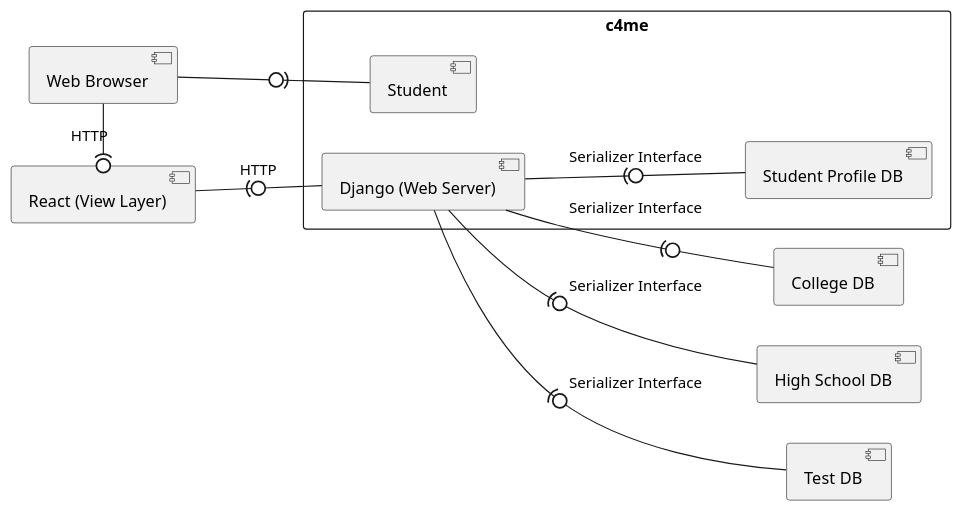
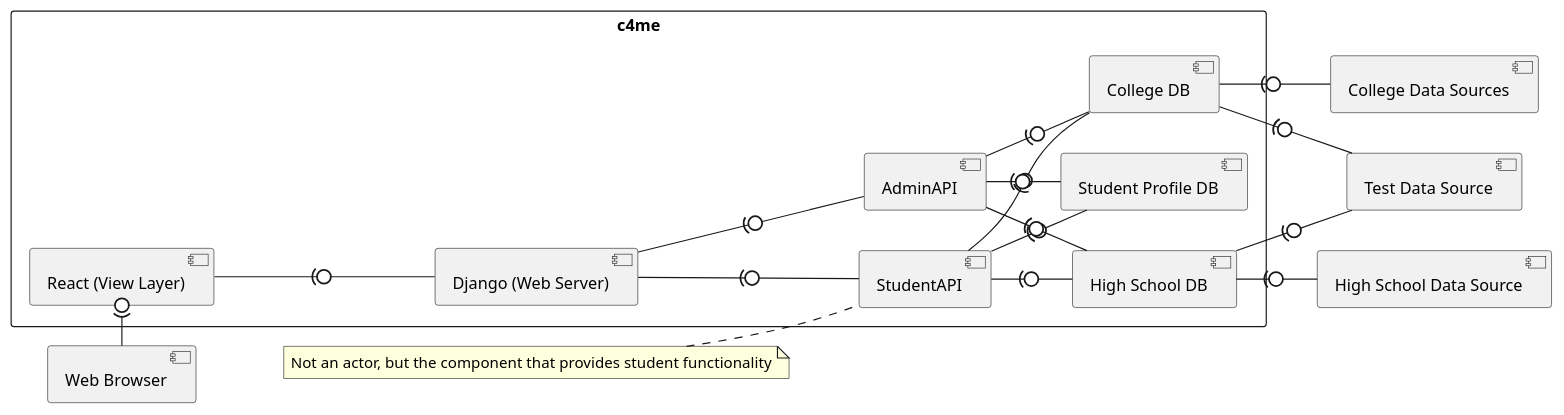
Before and after one commit to Omarfos/CSE416: the diagram in design/componentDiagram.wsd, drawn with PlantUML. The commit also changed 4 other files, not shown here.

Commit message:
Update diagrams

```diff
--- a/design/componentDiagram.wsd
+++ b/design/componentDiagram.wsd
@@ -1,30 +1,48 @@
 @startuml
-
 left to right direction
 
-
-' component "persistance framework" as fram 
+component "Web Browser" as wb
 
 rectangle c4me {
-    component "Student" as stud 
-    component "Student Profile DB" as sDB 
+    component "StudentAPI" as student
+    component "AdminAPI" as admin
     component "Django (Web Server)" as ws
+    component "React (View Layer)" as react
+    component "Student Profile DB" as sdb 
+    component "College DB" as cdb
+    component "High School DB" as hsdb 
 }
 
-component "College DB" as col
-component "High School DB" as hs 
-component "Test DB" as testDB
-component "Web Browser" as wb
-component "React (View Layer)" as gui
+component "College Data Sources" as cds
+component "High School Data Source" as hsds
+component "Test Data Source" as tds
 
 
-wb -(0 gui : HTTP
-gui -(0- ws : HTTP
-ws -(0- sDB  : Serializer Interface
-ws -(0- col  : Serializer Interface
-ws -(0- hs  : Serializer Interface
-ws -(0- testDB  : Serializer Interface
-stud -(0- wb
+'Data reliance
+cdb -(0- cds
+cdb -(0- tds
+hsdb -(0- hsds
+hsdb -(0- tds
+
+ws -(0- student
+ws -(0- admin
 
 
+student -(0- sdb
+student -(0- cdb
+student -(0- hsdb
+
+admin -(0- sdb
+admin -(0- cdb
+admin -(0- hsdb
+
+
+
+wb -(0 react 
+react -(0- ws 
+
+
+ 
+note left of student : Not an actor, but the component that provides student functionality
+
 @enduml
```
